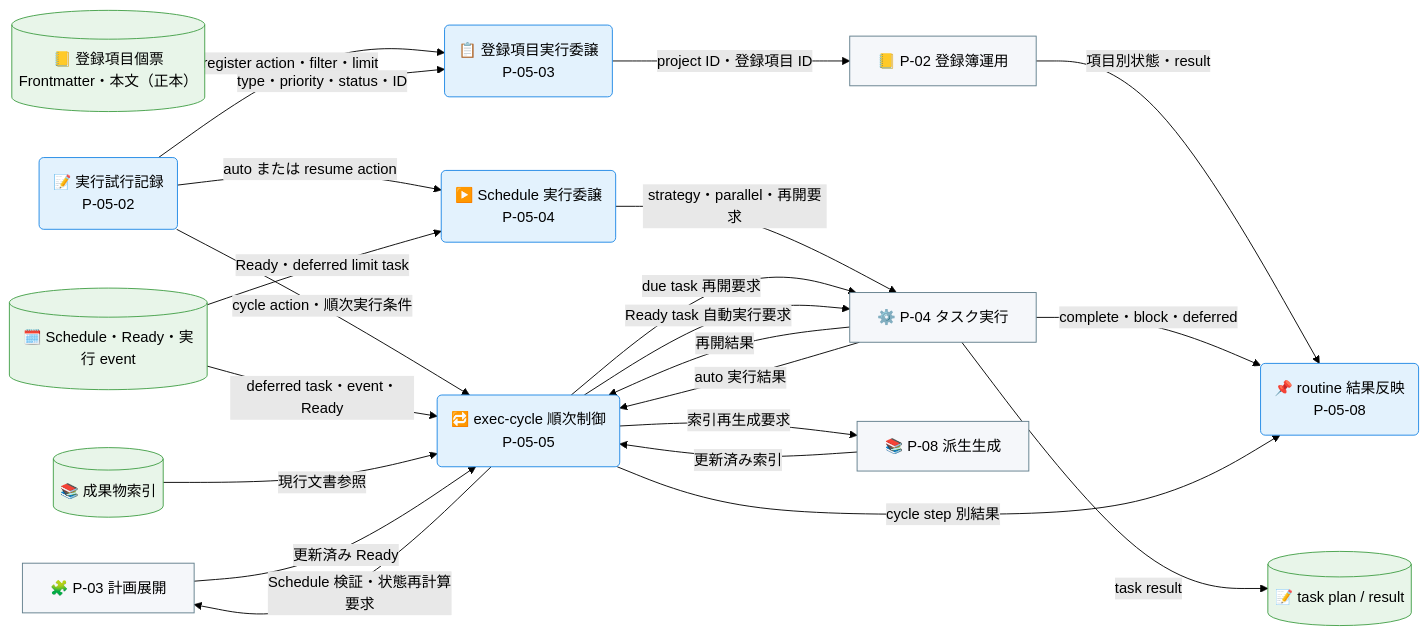
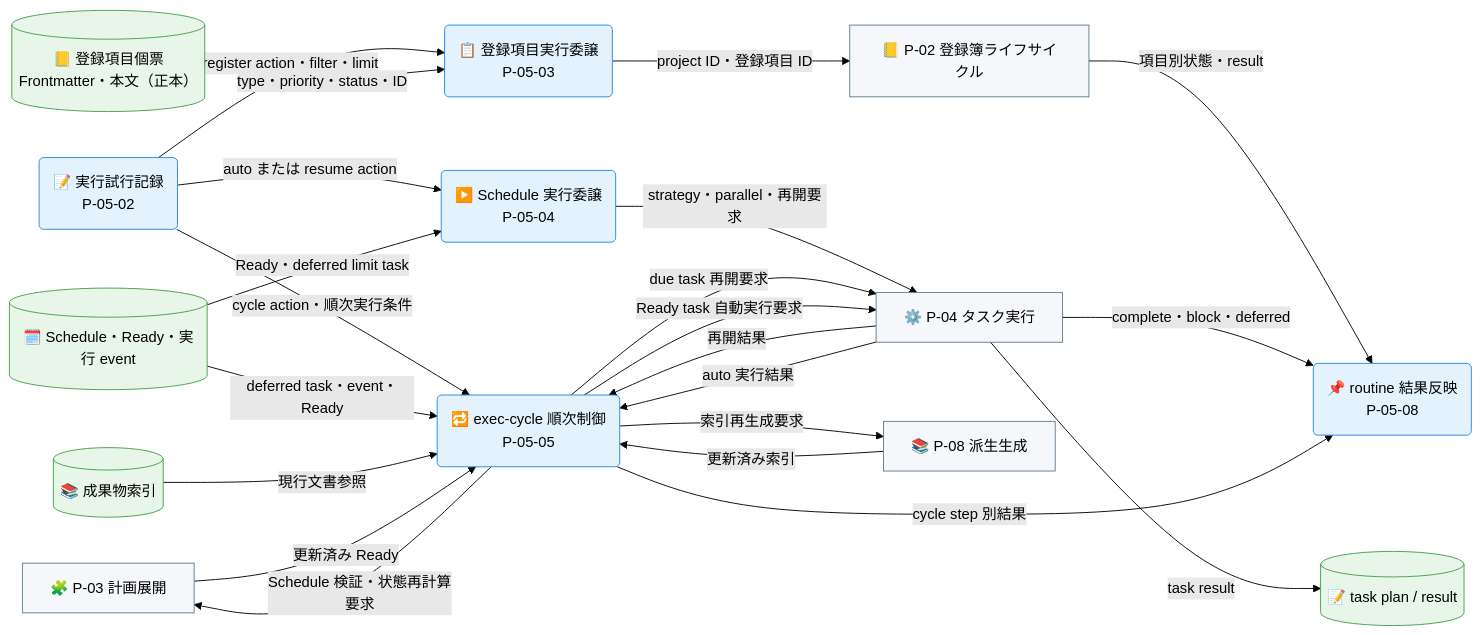
One commit to specdojo/specdojo changed the second of 3 diagrams in docs/ja/product/010-business-specs/010-data-flow/cdfd-routine.md. Above: the diagram before and after it, drawn with Mermaid (forest theme). The commit also changed other lines of this file and 18 other files, not shown here.

First line of the commit message:
exec(T-DATA-FLOW-cdfd-overview-140): finalize cdfd-overview bootstrap

````diff
--- a/docs/ja/product/010-business-specs/010-data-flow/cdfd-routine.md
+++ b/docs/ja/product/010-business-specs/010-data-flow/cdfd-routine.md
@@ -121,51 +121,51 @@
 ```mermaid
 flowchart LR
   classDef process fill:#e3f2fd,stroke:#1e88e5,color:#000
   classDef store fill:#e8f5e9,stroke:#43a047,color:#000
   classDef actor fill:#f5f7fa,stroke:#607d8b,color:#000
 
-  登録簿運用先["📒 P-02 登録簿運用"]
+  登録簿ライフサイクル先["📒 P-02 登録簿ライフサイクル"]
   計画展開先["🧩 P-03 計画展開"]
   タスク実行先["⚙️ P-04 タスク実行"]
   派生生成先["📚 P-08 派生生成"]
 
   実行試行記録("📝 実行試行記録<br>P-05-02")
   登録項目実行委譲("📋 登録項目実行委譲<br>P-05-03")
   Schedule実行委譲("▶️ Schedule 実行委譲<br>P-05-04")
   execCycle順次制御("🔁 exec-cycle 順次制御<br>P-05-05")
   routine結果反映("📌 routine 結果反映<br>P-05-08")
 
   登録項目個票[("📒 登録項目個票<br>Frontmatter・本文（正本）")]
   Schedule実行記録[("🗓️ Schedule・Ready・実行 event")]
   成果物索引[("📚 成果物索引")]
   planResult[("📝 task plan / result")]
 
   実行試行記録 -->|"register action・filter・limit"| 登録項目実行委譲
   登録項目個票 -->|"type・priority・status・ID"| 登録項目実行委譲
-  登録項目実行委譲 -->|"project ID・登録項目 ID"| 登録簿運用先
-  登録簿運用先 -->|"項目別状態・result"| routine結果反映
+  登録項目実行委譲 -->|"project ID・登録項目 ID"| 登録簿ライフサイクル先
+  登録簿ライフサイクル先 -->|"項目別状態・result"| routine結果反映
 
   実行試行記録 -->|"auto または resume action"| Schedule実行委譲
   Schedule実行記録 -->|"Ready・deferred limit task"| Schedule実行委譲
   Schedule実行委譲 -->|"strategy・parallel・再開要求"| タスク実行先
   タスク実行先 -->|"complete・block・deferred"| routine結果反映
 
   実行試行記録 -->|"cycle action・順次実行条件"| execCycle順次制御
   Schedule実行記録 -->|"deferred task・event・Ready"| execCycle順次制御
   成果物索引 -->|"現行文書参照"| execCycle順次制御
   execCycle順次制御 -->|"due task 再開要求"| タスク実行先
   タスク実行先 -->|"再開結果"| execCycle順次制御
   execCycle順次制御 -->|"索引再生成要求"| 派生生成先
   派生生成先 -->|"更新済み索引"| execCycle順次制御
   execCycle順次制御 -->|"Schedule 検証・状態再計算要求"| 計画展開先
   計画展開先 -->|"更新済み Ready"| execCycle順次制御
   execCycle順次制御 -->|"Ready task 自動実行要求"| タスク実行先
   タスク実行先 -->|"auto 実行結果"| execCycle順次制御
   execCycle順次制御 -->|"cycle step 別結果"| routine結果反映
 
   タスク実行先 -->|"task result"| planResult
 
   class 実行試行記録,登録項目実行委譲,Schedule実行委譲,execCycle順次制御,routine結果反映 process
   class 登録項目個票,Schedule実行記録,成果物索引,planResult store
-  class 登録簿運用先,計画展開先,タスク実行先,派生生成先 actor
+  class 登録簿ライフサイクル先,計画展開先,タスク実行先,派生生成先 actor
 ```
````
